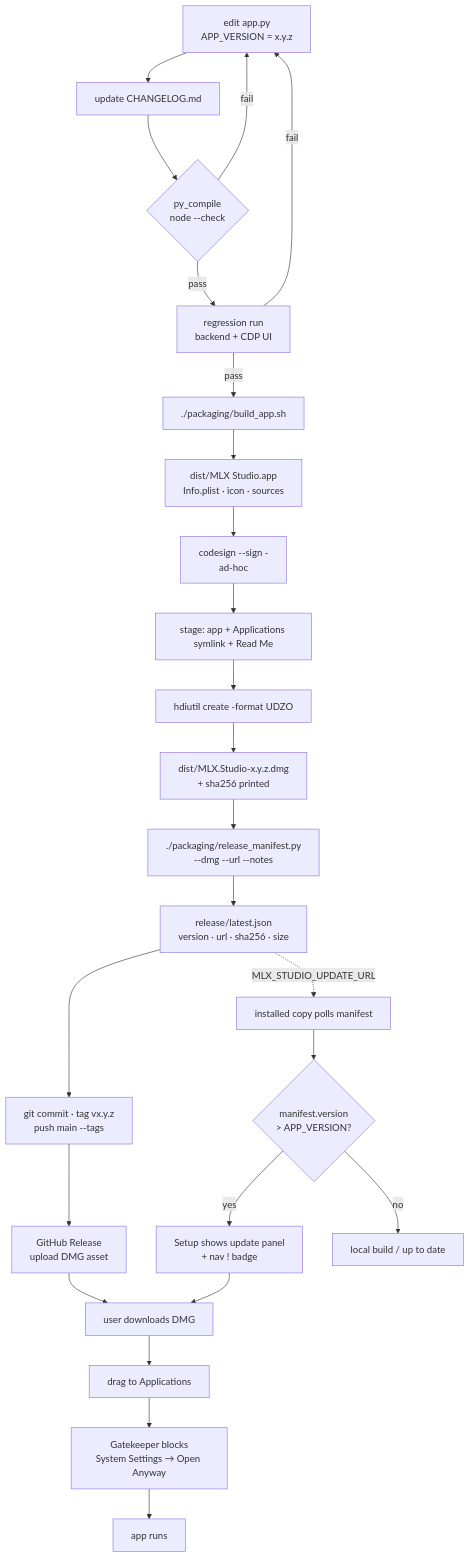
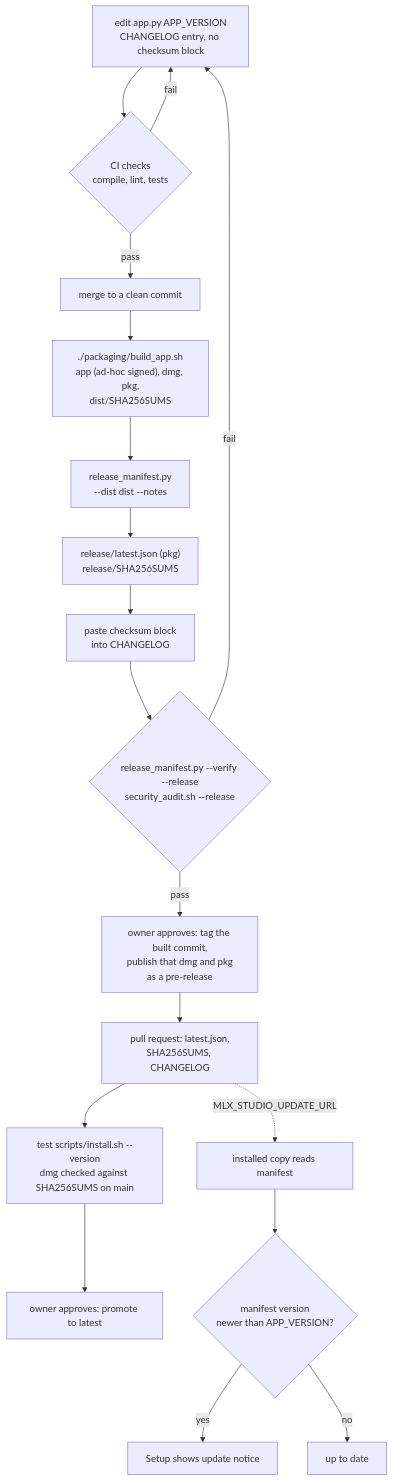
One commit to DipeshPansuriya/MLX_Model_App changed the diagram in docs/diagrams/release-flow.md. Above: the diagram before and after it, drawn with Mermaid. The commit also changed other lines of this file and 81 other files, not shown here.

````diff
--- a/docs/diagrams/release-flow.md
+++ b/docs/diagrams/release-flow.md
@@ -16,32 +16,20 @@
 ```mermaid
 flowchart TD
-    A["edit app.py<br/>APP_VERSION = x.y.z"] --> B["update CHANGELOG.md"]
-    B --> C{"py_compile<br/>node --check"}
+    A["edit app.py APP_VERSION<br/>CHANGELOG entry, no checksum block"] --> C{"CI checks<br/>compile, lint, tests"}
     C -->|fail| A
-    C -->|pass| D["regression run<br/>backend + CDP UI"]
-    D -->|fail| A
-    D -->|pass| E["./packaging/build_app.sh"]
-
-    E --> F["dist/MLX Studio.app<br/>Info.plist · icon · sources"]
-    F --> G["codesign --sign -<br/>ad-hoc"]
-    G --> H["stage: app + Applications symlink + Read Me"]
-    H --> I["hdiutil create -format UDZO"]
-    I --> J["dist/MLX.Studio-x.y.z.dmg<br/>+ sha256 printed"]
-
-    J --> K["./packaging/release_manifest.py<br/>--dmg --url --notes"]
-    K --> L["release/latest.json<br/>version · url · sha256 · size"]
-
-    L --> M["git commit · tag vx.y.z<br/>push main --tags"]
-    M --> N["GitHub Release<br/>upload DMG asset"]
-
-    N --> O["user downloads DMG"]
-    O --> P["drag to Applications"]
-    P --> Q["Gatekeeper blocks<br/>System Settings → Open Anyway"]
-    Q --> R["app runs"]
-
-    L -.->|"MLX_STUDIO_UPDATE_URL"| S["installed copy polls manifest"]
-    S --> T{"manifest.version<br/>&gt; APP_VERSION?"}
-    T -->|yes| U["Setup shows update panel<br/>+ nav ! badge"]
-    T -->|no| V["local build / up to date"]
-    U --> O
+    C -->|pass| M["merge to a clean commit"]
+    M --> E["./packaging/build_app.sh<br/>app (ad-hoc signed), dmg, pkg,<br/>dist/SHA256SUMS"]
+    E --> K["release_manifest.py<br/>--dist dist --notes"]
+    K --> L["release/latest.json (pkg)<br/>release/SHA256SUMS"]
+    L --> B["paste checksum block<br/>into CHANGELOG"]
+    B --> G{"release_manifest.py --verify --release<br/>security_audit.sh --release"}
+    G -->|fail| A
+    G -->|pass| N["owner approves: tag the built commit,<br/>publish that dmg and pkg<br/>as a pre-release"]
+    N --> R["pull request: latest.json,<br/>SHA256SUMS, CHANGELOG"]
+    R --> I["test scripts/install.sh --version<br/>dmg checked against SHA256SUMS on main"]
+    I --> P["owner approves: promote to latest"]
+    R -.->|"MLX_STUDIO_UPDATE_URL"| S["installed copy reads manifest"]
+    S --> T{"manifest version<br/>newer than APP_VERSION?"}
+    T -->|yes| U["Setup shows update notice"]
+    T -->|no| V["up to date"]
 ```
````
